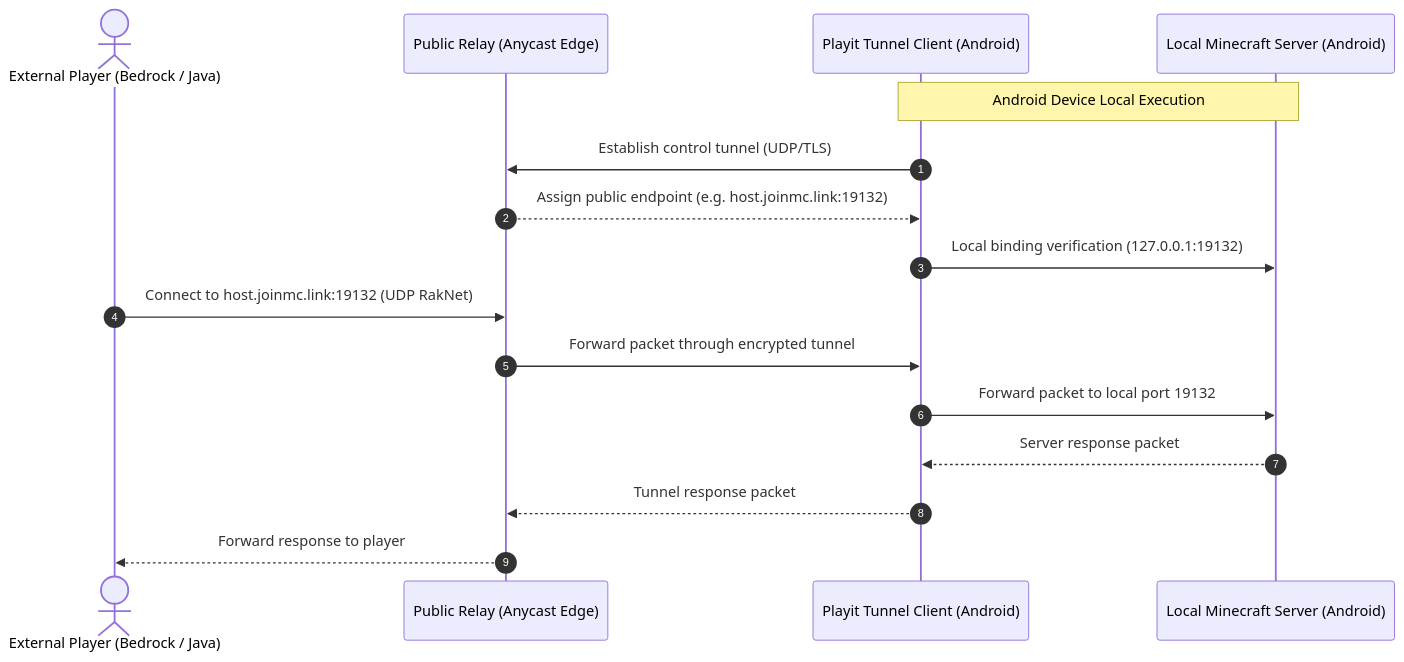
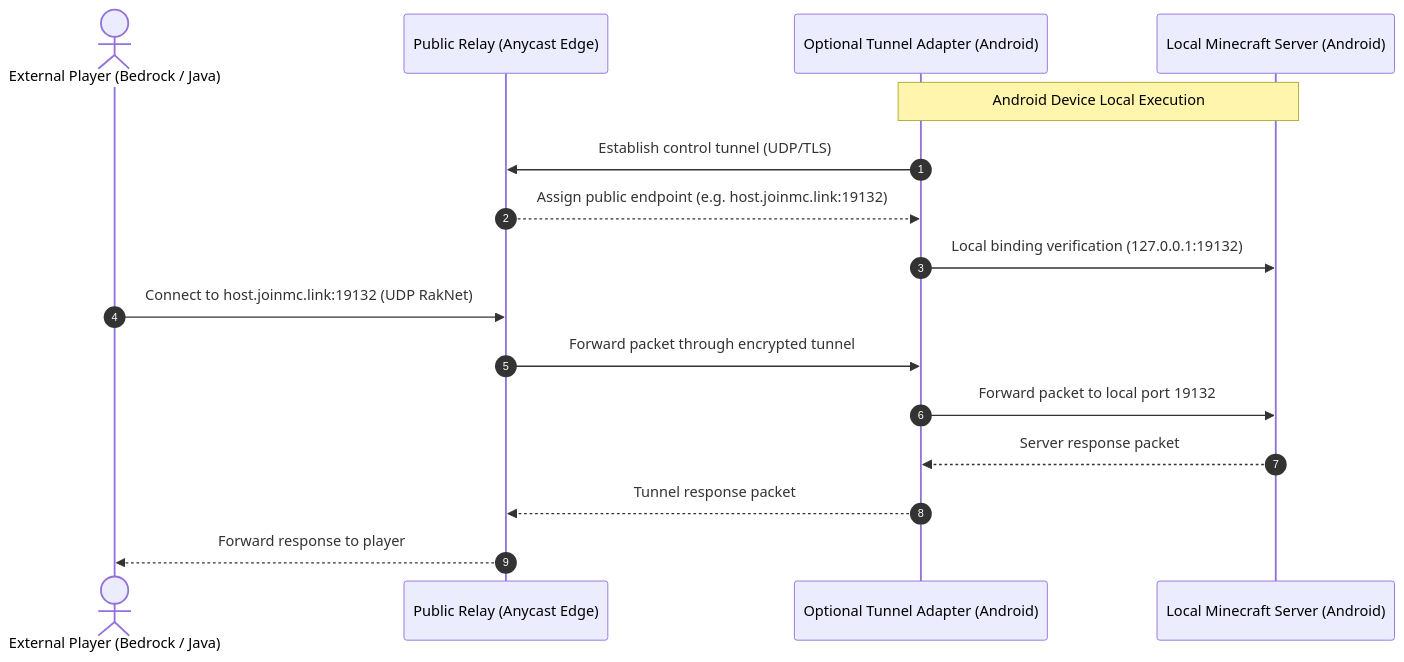
Before and after one commit to nomanaqil56/MineHost: the fourth of 4 diagrams in docs/ARCHITECTURE.md, drawn with Mermaid. The commit also changed other lines of this file, not shown here.

Commit message:
docs: align architecture diagram with actual runtime and network status

````diff
--- a/docs/ARCHITECTURE.md
+++ b/docs/ARCHITECTURE.md
@@ -122,20 +124,20 @@
 ```mermaid
 sequenceDiagram
     autonumber
     actor Player as External Player (Bedrock / Java)
     participant Relay as Public Relay (Anycast Edge)
-    participant Client as Playit Tunnel Client (Android)
+    participant Client as Optional Tunnel Adapter (Android)
     participant Server as Local Minecraft Server (Android)
     
     Note over Client,Server: Android Device Local Execution
     Client->>Relay: Establish control tunnel (UDP/TLS)
     Relay-->>Client: Assign public endpoint (e.g. host.joinmc.link:19132)
     Client->>Server: Local binding verification (127.0.0.1:19132)
     
     Player->>Relay: Connect to host.joinmc.link:19132 (UDP RakNet)
     Relay->>Client: Forward packet through encrypted tunnel
     Client->>Server: Forward packet to local port 19132
     Server-->>Client: Server response packet
     Client-->>Relay: Tunnel response packet
     Relay-->>Player: Forward response to player
 ```
````
